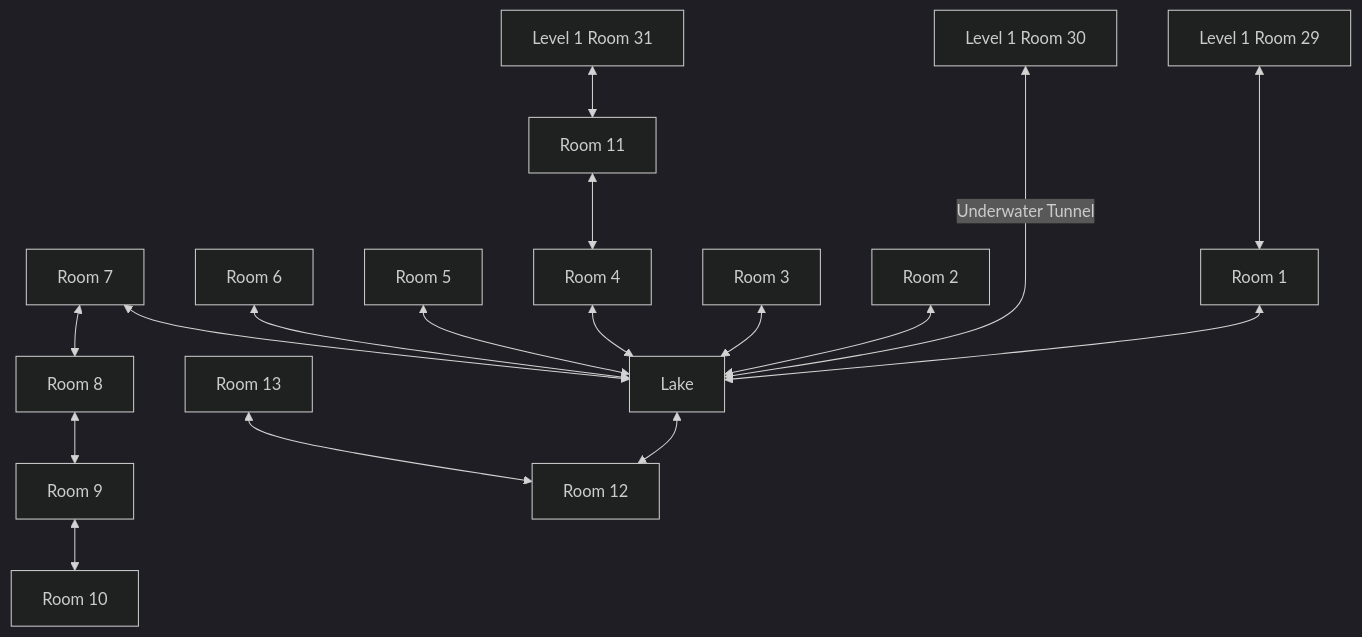
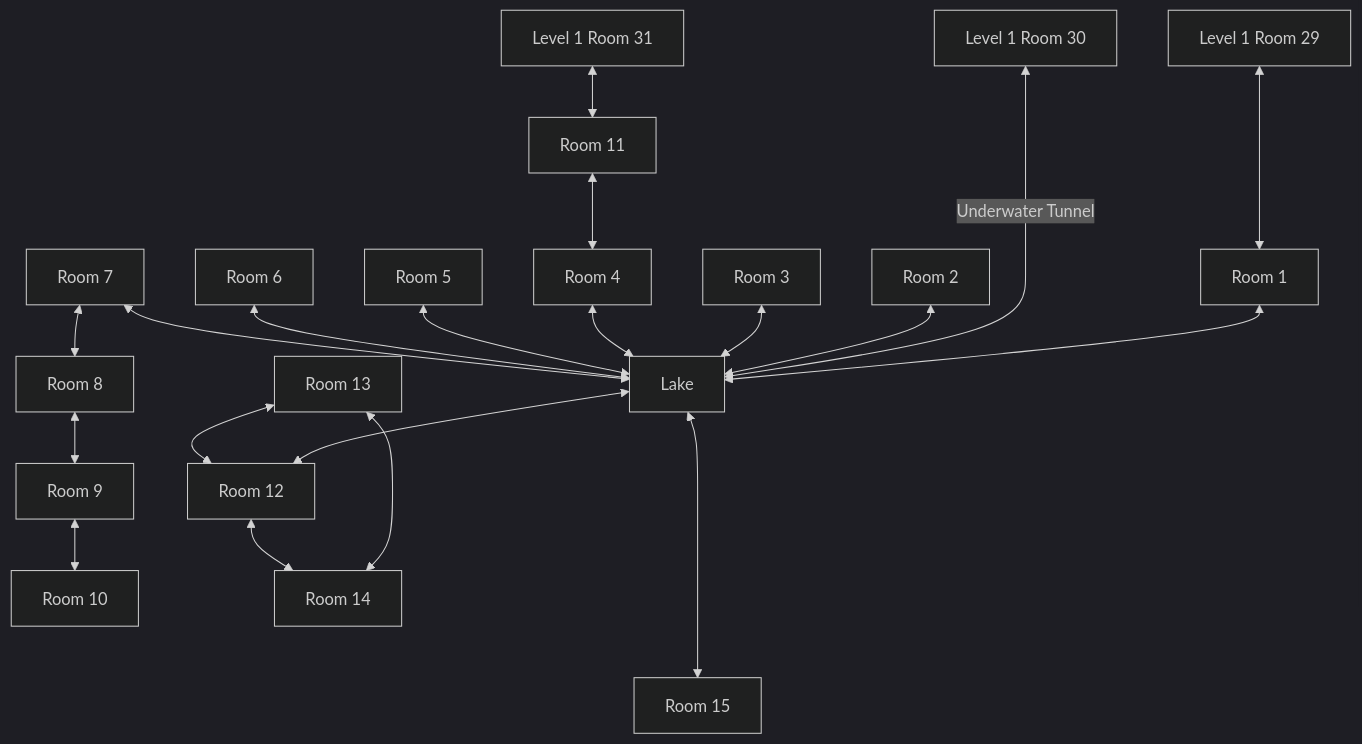
The diagram in Dungeon/Level_02/README.md (SlothBorg/Dungeon23), drawn with Mermaid (dark theme) before and after one commit. The commit also changed 3 other files, not shown here.

````diff
--- a/Dungeon/Level_02/README.md
+++ b/Dungeon/Level_02/README.md
@@ -3,18 +3,21 @@
 ```mermaid
 flowchart TD
     A29[Level 1 Room 29] <---> B1[Room 1]
     B1 <--> La[Lake]
     A30[Level 1 Room 30] <-- Underwater Tunnel ----> La
     B2[Room 2] <--> La
     B3[Room 3] <--> La
     B4[Room 4] <--> La
     B5[Room 5] <--> La
     B6[Room 6] <--> La
     B7[Room 7] <--> La
     B7 <--> B8[Room 8]
     B8 <--> B9[Room 9]
     B9 <--> B10[Room 10]
     A31[Level 1 Room 31] <--> B11[Room 11] <--> B4
     La <--> B12[Room 12]
     B13[Room 13] <--> B12
+    B13 <--> B14[Room 14]
+    B12 <--> B14
+    La <----> B15[Room 15]
 ```
````
